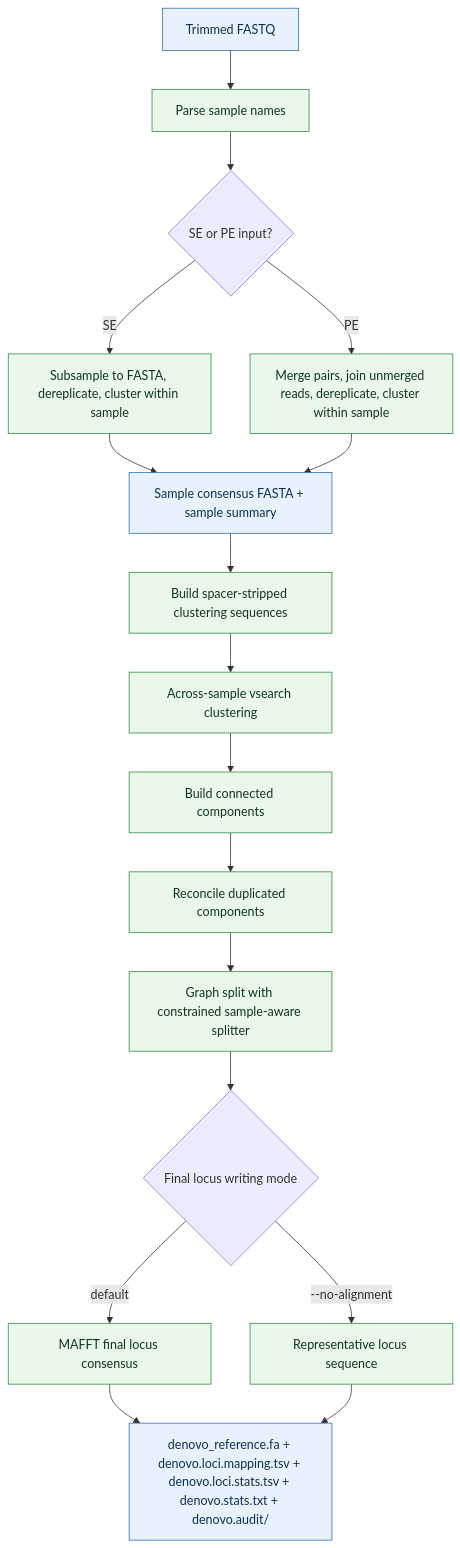
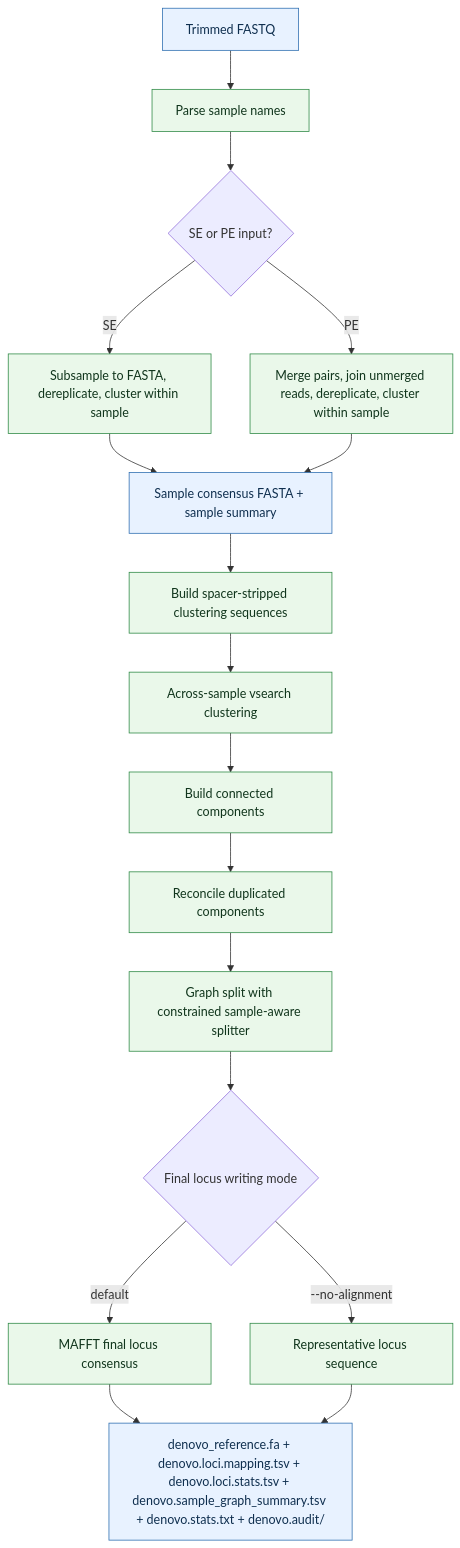
One commit to eaton-lab/ipyrad2 changed the diagram in docs/assembly/denovo.md. Above: the diagram before and after it, drawn with Mermaid. The commit also changed other lines of this file and 12 other files, not shown here.

Commit message:
Add denovo graph summaries and map unmate mode

````diff
--- a/docs/assembly/denovo.md
+++ b/docs/assembly/denovo.md
@@ -57,22 +57,22 @@
 ```mermaid
 flowchart TD
     A["Trimmed FASTQ"]:::file --> B["Parse sample names"]:::cmd
     B --> C{"SE or PE input?"}
     C -->|SE| D["Subsample to FASTA, dereplicate, cluster within sample"]:::cmd
     C -->|PE| E["Merge pairs, join unmerged reads, dereplicate, cluster within sample"]:::cmd
     D --> F["Sample consensus FASTA + sample summary"]:::file
     E --> F
     F --> G["Build spacer-stripped clustering sequences"]:::cmd
     G --> H["Across-sample vsearch clustering"]:::cmd
     H --> I["Build connected components"]:::cmd
     I --> J["Reconcile duplicated components"]:::cmd
     J --> K["Graph split with constrained sample-aware splitter"]:::cmd
     K --> L{"Final locus writing mode"} 
     L -->|default| M["MAFFT final locus consensus"]:::cmd
     L -->|--no-alignment| N["Representative locus sequence"]:::cmd
-    M --> O["denovo_reference.fa + denovo.loci.mapping.tsv + denovo.loci.stats.tsv + denovo.stats.txt + denovo.audit/"]:::file
+    M --> O["denovo_reference.fa + denovo.loci.mapping.tsv + denovo.loci.stats.tsv + denovo.sample_graph_summary.tsv + denovo.stats.txt + denovo.audit/"]:::file
     N --> O
 
     classDef file fill:#e8f2ff,stroke:#2f6fb1,color:#0f2f4f;
     classDef cmd fill:#eaf8ea,stroke:#2f8a46,color:#10351c;
 ```
````
